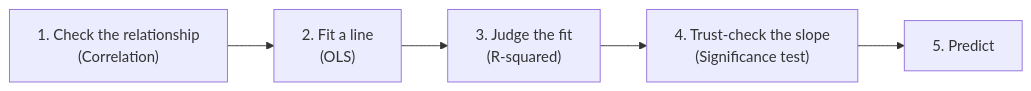
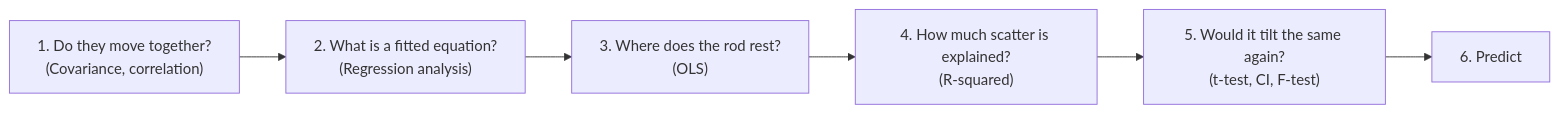
The second of 10 diagrams in semester-1/05-supervised-ml-regression/notes/02-linear-regression.md (mhd-riaz/data-scientist-roadmap), drawn with Mermaid before and after one commit. The commit also changed other lines of this file and 5 other files, not shown here.

````diff
--- a/semester-1/05-supervised-ml-regression/notes/02-linear-regression.md
+++ b/semester-1/05-supervised-ml-regression/notes/02-linear-regression.md
@@ -57,7 +112,8 @@
 ```mermaid
 flowchart LR
-    A["1. Check the relationship<br/>(Correlation)"] --> B["2. Fit a line<br/>(OLS)"]
-    B --> C["3. Judge the fit<br/>(R-squared)"]
-    C --> D["4. Trust-check the slope<br/>(Significance test)"]
-    D --> E["5. Predict"]
+    A["1. Do they move together?<br/>(Covariance, correlation)"] --> B["2. What is a fitted equation?<br/>(Regression analysis)"]
+    B --> C["3. Where does the rod rest?<br/>(OLS)"]
+    C --> D["4. How much scatter is explained?<br/>(R-squared)"]
+    D --> E["5. Would it tilt the same again?<br/>(t-test, CI, F-test)"]
+    E --> F["6. Predict"]
 ```
````
